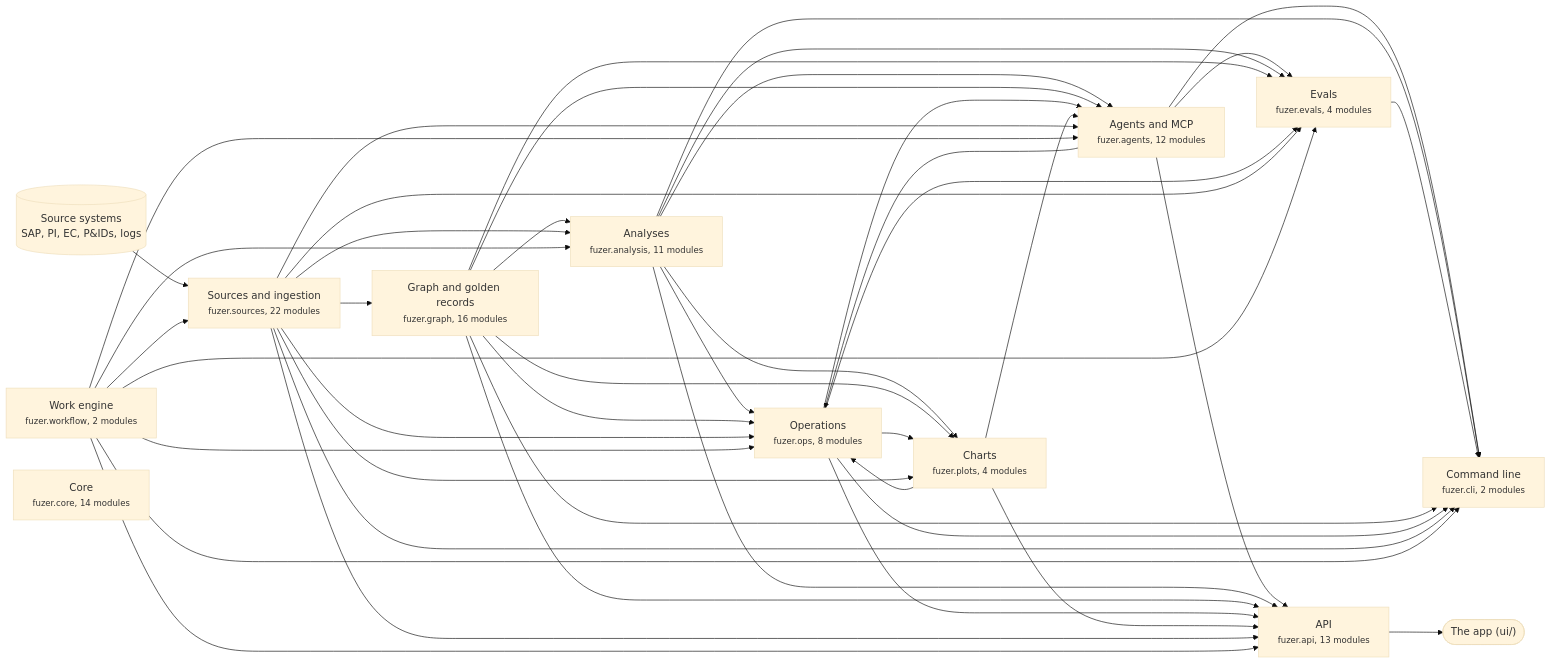
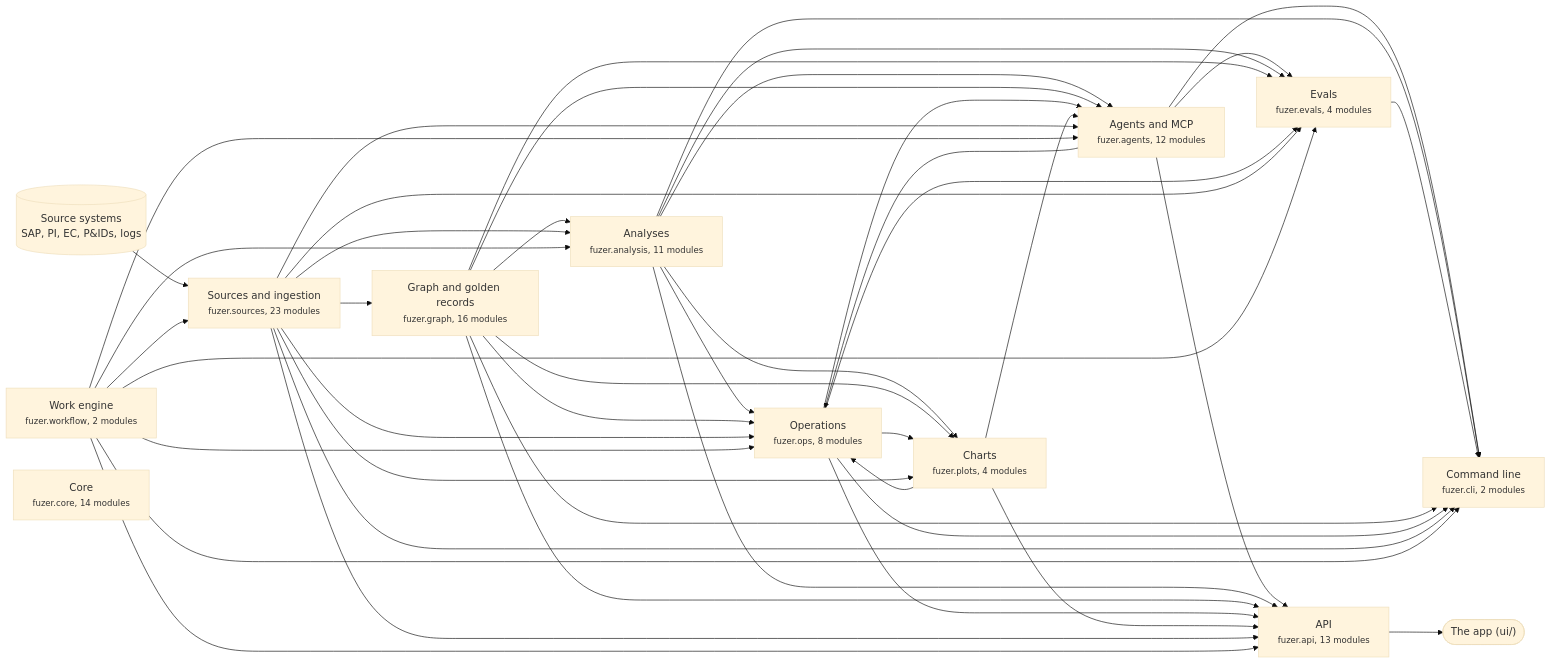
Before and after one commit to areed145/fuzer: the first of 3 diagrams in docs/architecture.md, drawn with Mermaid (base theme). The commit also changed other lines of this file and 11 other files, not shown here.

````diff
--- a/docs/architecture.md
+++ b/docs/architecture.md
@@ -8,69 +8,69 @@
 ```mermaid
 flowchart LR
   systems[("Source systems<br>SAP, PI, EC, P&IDs, logs")] --> c_sources
   app(["The app (ui/)"])
   c_api --> app
-  c_sources["Sources and ingestion<br><small>fuzer.sources, 22 modules</small>"]
+  c_sources["Sources and ingestion<br><small>fuzer.sources, 23 modules</small>"]
   c_graph["Graph and golden records<br><small>fuzer.graph, 16 modules</small>"]
   c_analysis["Analyses<br><small>fuzer.analysis, 11 modules</small>"]
   c_ops["Operations<br><small>fuzer.ops, 8 modules</small>"]
   c_plots["Charts<br><small>fuzer.plots, 4 modules</small>"]
   c_workflow["Work engine<br><small>fuzer.workflow, 2 modules</small>"]
   c_agents["Agents and MCP<br><small>fuzer.agents, 12 modules</small>"]
   c_evals["Evals<br><small>fuzer.evals, 4 modules</small>"]
   c_api["API<br><small>fuzer.api, 13 modules</small>"]
   c_cli["Command line<br><small>fuzer.cli, 2 modules</small>"]
   c_core["Core<br><small>fuzer.core, 14 modules</small>"]
   c_workflow --> c_sources
   c_sources --> c_graph
   c_graph --> c_analysis
   c_sources --> c_analysis
   c_workflow --> c_analysis
   c_agents --> c_ops
   c_analysis --> c_ops
   c_graph --> c_ops
   c_plots --> c_ops
   c_sources --> c_ops
   c_workflow --> c_ops
   c_analysis --> c_plots
   c_graph --> c_plots
   c_ops --> c_plots
   c_sources --> c_plots
   c_analysis --> c_agents
   c_graph --> c_agents
   c_ops --> c_agents
   c_plots --> c_agents
   c_sources --> c_agents
   c_workflow --> c_agents
   c_agents --> c_evals
   c_analysis --> c_evals
   c_graph --> c_evals
   c_ops --> c_evals
   c_sources --> c_evals
   c_workflow --> c_evals
   c_agents --> c_api
   c_analysis --> c_api
   c_graph --> c_api
   c_ops --> c_api
   c_plots --> c_api
   c_sources --> c_api
   c_workflow --> c_api
   c_agents --> c_cli
   c_analysis --> c_cli
   c_evals --> c_cli
   c_graph --> c_cli
   c_ops --> c_cli
   c_sources --> c_cli
   c_workflow --> c_cli
   click c_sources "https://github.com/areed145/fuzer/tree/main/src/fuzer/sources"
   click c_graph "https://github.com/areed145/fuzer/tree/main/src/fuzer/graph"
   click c_analysis "https://github.com/areed145/fuzer/tree/main/src/fuzer/analysis"
   click c_ops "https://github.com/areed145/fuzer/tree/main/src/fuzer/ops"
   click c_plots "https://github.com/areed145/fuzer/tree/main/src/fuzer/plots"
   click c_workflow "https://github.com/areed145/fuzer/tree/main/src/fuzer/workflow"
   click c_agents "https://github.com/areed145/fuzer/tree/main/src/fuzer/agents"
   click c_evals "https://github.com/areed145/fuzer/tree/main/src/fuzer/evals"
   click c_api "https://github.com/areed145/fuzer/tree/main/src/fuzer/api"
   click c_cli "https://github.com/areed145/fuzer/tree/main/src/fuzer/cli"
   click c_core "https://github.com/areed145/fuzer/tree/main/src/fuzer/core"
 ```
````
